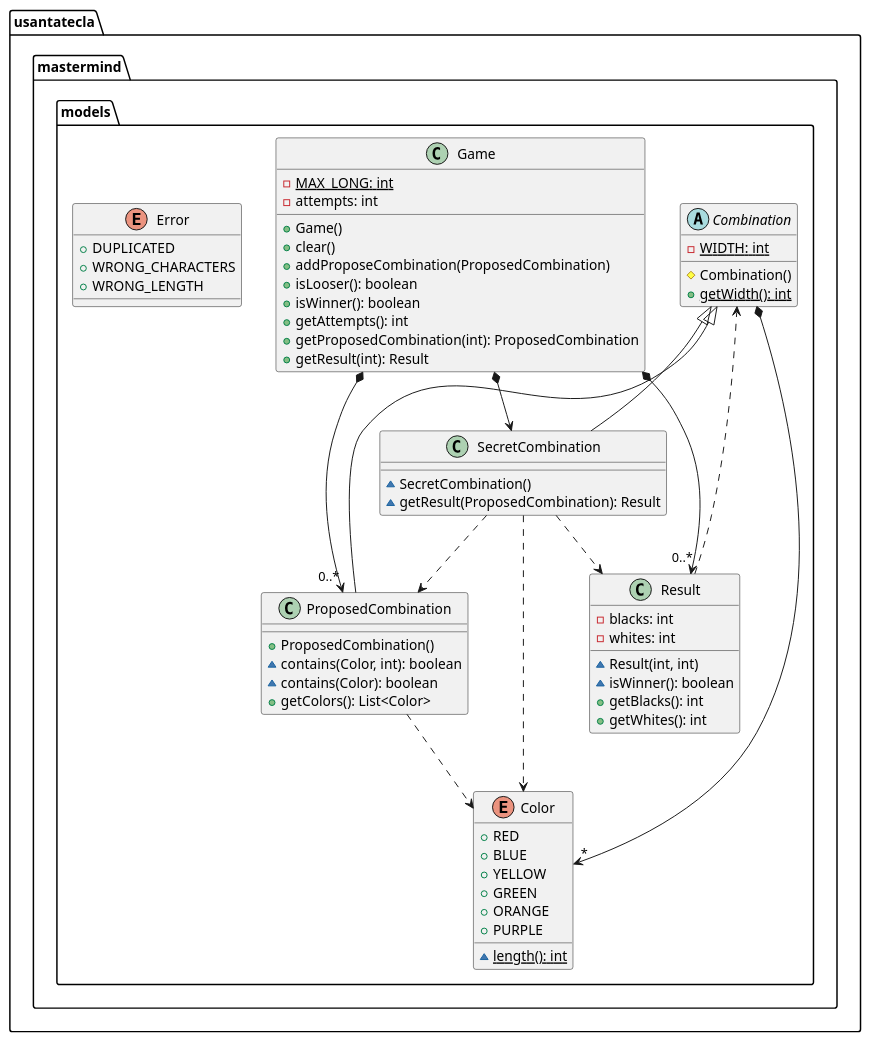
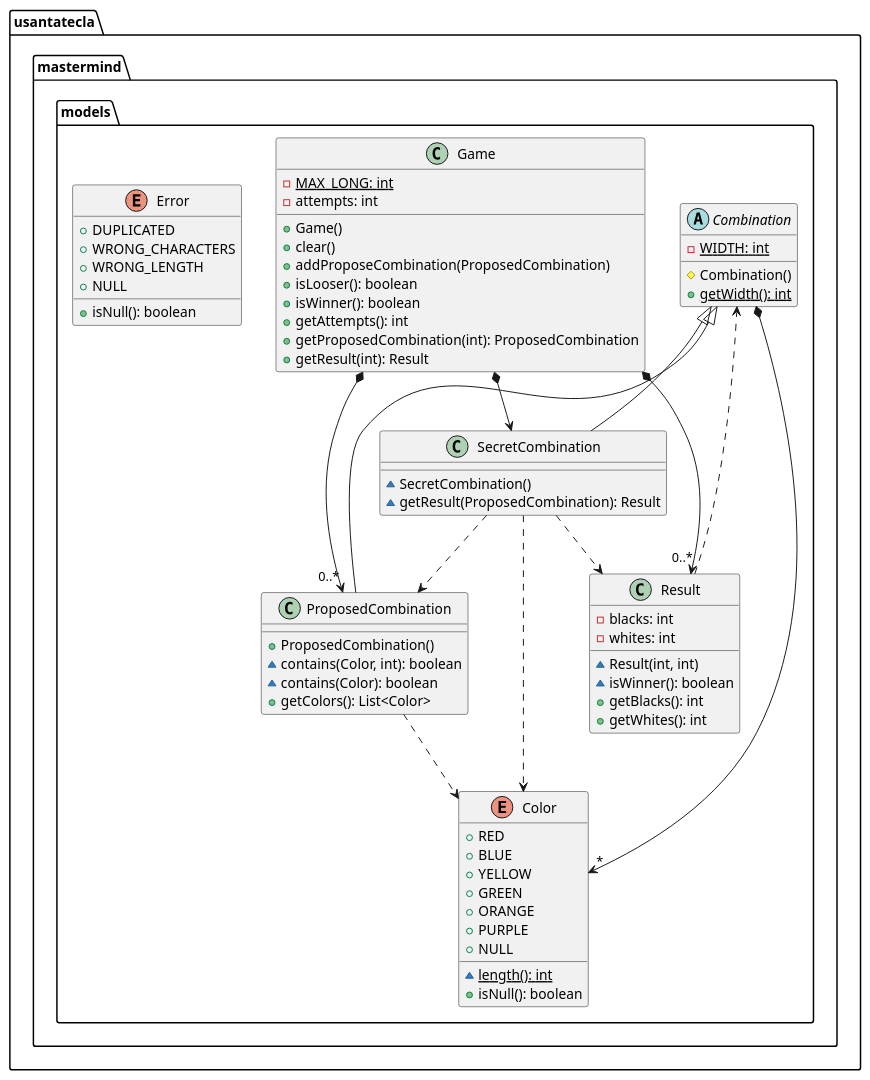
One commit to SantaTecla-mastermind/solution.java.swing.socket.sql changed the fifth of 6 diagrams in documentView/withoutFactoryMethod/docs/diagrams/src/paquetes.plantuml. Above: the diagram before and after it, drawn with PlantUML. The commit also changed 17 other files, not shown here.

```diff
--- a/documentView/withoutFactoryMethod/docs/diagrams/src/paquetes.plantuml
+++ b/documentView/withoutFactoryMethod/docs/diagrams/src/paquetes.plantuml
@@ -339,70 +339,74 @@
 @startuml usantatecla.mastermind.models
 abstract class usantatecla.mastermind.models.Combination {
 - {static} WIDTH: int
 # Combination()
 + {static} getWidth(): int
 }
 usantatecla.mastermind.models.Combination *-down-> "*" usantatecla.mastermind.models.Color
 
 class usantatecla.mastermind.models.Game {
 - {static} MAX_LONG: int
 - attempts: int
 + Game()
 + clear()
 + addProposeCombination(ProposedCombination)
 + isLooser(): boolean
 + isWinner(): boolean
 + getAttempts(): int
 + getProposedCombination(int): ProposedCombination
 + getResult(int): Result
 }
 usantatecla.mastermind.models.Game *-down-> usantatecla.mastermind.models.SecretCombination
 usantatecla.mastermind.models.Game *-down-> "0..*" usantatecla.mastermind.models.Result
 usantatecla.mastermind.models.Game *-down-> "0..*" usantatecla.mastermind.models.ProposedCombination
 
 class usantatecla.mastermind.models.ProposedCombination {
 + ProposedCombination()
 ~ contains(Color, int): boolean
 ~ contains(Color): boolean
 + getColors(): List<Color>
 }
 usantatecla.mastermind.models.Combination <|-down- usantatecla.mastermind.models.ProposedCombination
 usantatecla.mastermind.models.ProposedCombination ..> usantatecla.mastermind.models.Color
 
 class usantatecla.mastermind.models.SecretCombination {
 ~ SecretCombination()
 ~ getResult(ProposedCombination): Result
 }
 usantatecla.mastermind.models.Combination <|-down- usantatecla.mastermind.models.SecretCombination
 usantatecla.mastermind.models.SecretCombination ..> usantatecla.mastermind.models.Result
 usantatecla.mastermind.models.SecretCombination ..> usantatecla.mastermind.models.ProposedCombination
 usantatecla.mastermind.models.SecretCombination ..> usantatecla.mastermind.models.Color
 
 class usantatecla.mastermind.models.Result {
 - blacks: int
 - whites: int
 ~ Result(int, int)
 ~ isWinner(): boolean
 + getBlacks(): int
 + getWhites(): int
 }
 
 usantatecla.mastermind.models.Result ..> usantatecla.mastermind.models.Combination
 
 enum usantatecla.mastermind.models.Color {
 + RED
 + BLUE
 + YELLOW
 + GREEN
 + ORANGE
 + PURPLE
++ NULL
 ~ {static} length(): int
++ isNull(): boolean
 }
 
 enum usantatecla.mastermind.models.Error {
 + DUPLICATED
 + WRONG_CHARACTERS
 + WRONG_LENGTH
++ NULL
++ isNull(): boolean
 }
 
 @enduml
```
